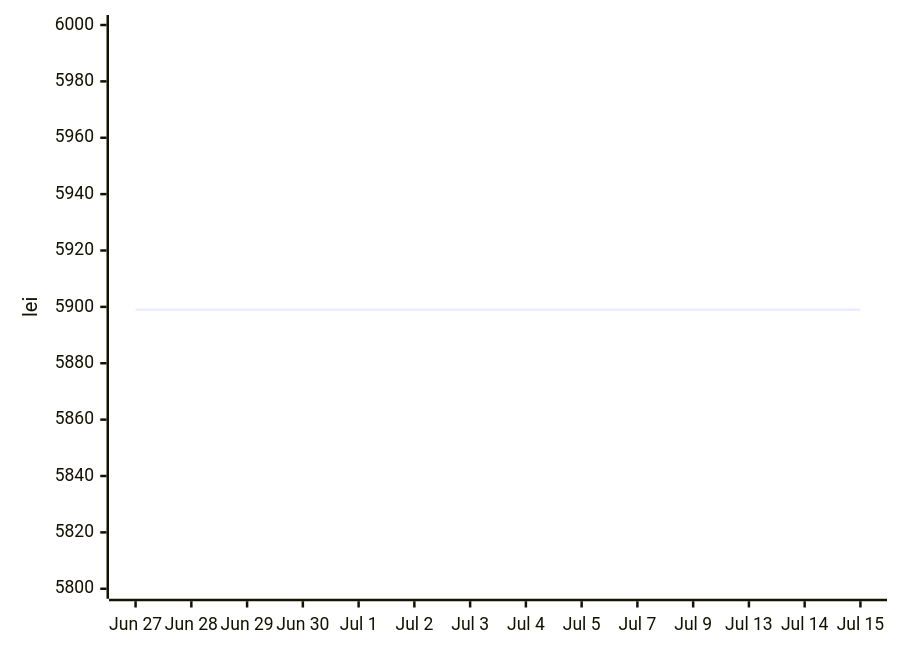
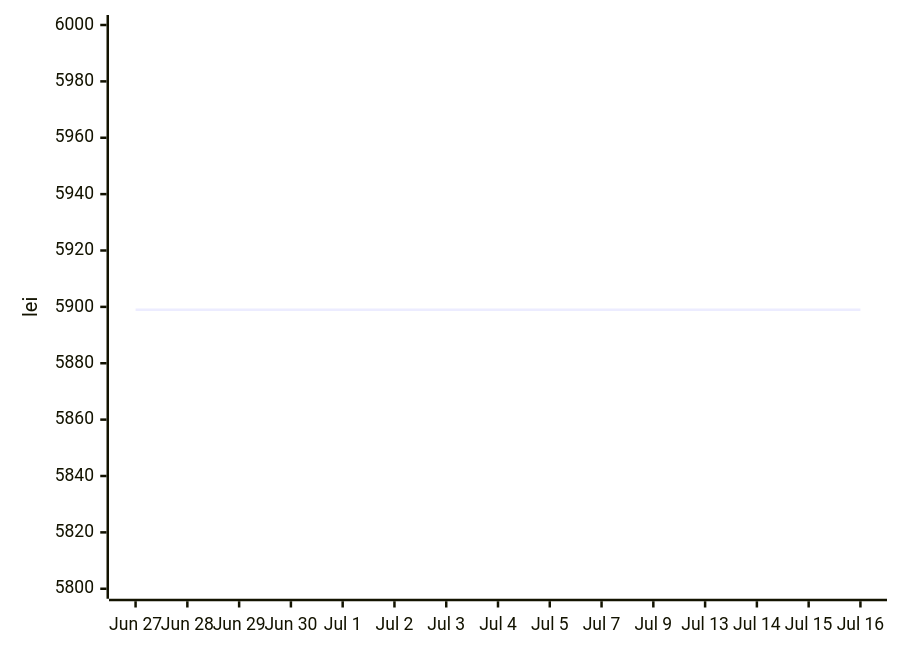
Before and after one commit to anagheioan/laptop-price-monitor: the second of 2 diagrams in README.md, drawn with Mermaid. The commit also changed other lines of this file and 1 other file, not shown here.

Commit message:
Price check 2026-07-16

````diff
--- a/README.md
+++ b/README.md
@@ -29,6 +29,6 @@
 ```mermaid
 xychart-beta
-    x-axis ["Jun 27", "Jun 28", "Jun 29", "Jun 30", "Jul 1", "Jul 2", "Jul 3", "Jul 4", "Jul 5", "Jul 7", "Jul 9", "Jul 13", "Jul 14", "Jul 15"]
+    x-axis ["Jun 27", "Jun 28", "Jun 29", "Jun 30", "Jul 1", "Jul 2", "Jul 3", "Jul 4", "Jul 5", "Jul 7", "Jul 9", "Jul 13", "Jul 14", "Jul 15", "Jul 16"]
     y-axis "lei" 5800 --> 6000
-    line [5899.0, 5899.0, 5899.0, 5899.0, 5899.0, 5899.0, 5899.0, 5899.0, 5899.0, 5899.0, 5899.0, 5899.0, 5899.0, 5899.0]
+    line [5899.0, 5899.0, 5899.0, 5899.0, 5899.0, 5899.0, 5899.0, 5899.0, 5899.0, 5899.0, 5899.0, 5899.0, 5899.0, 5899.0, 5899.0]
 ```
````
